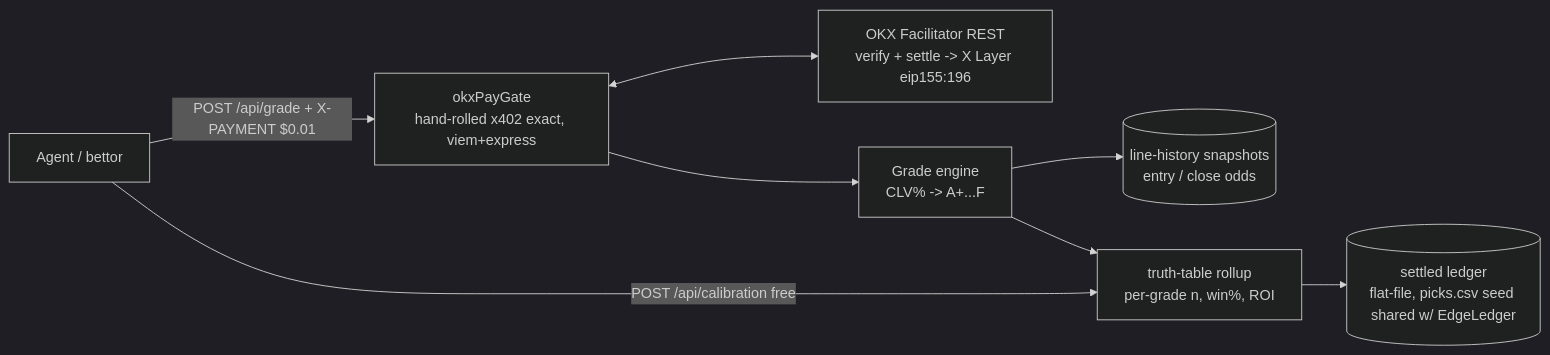
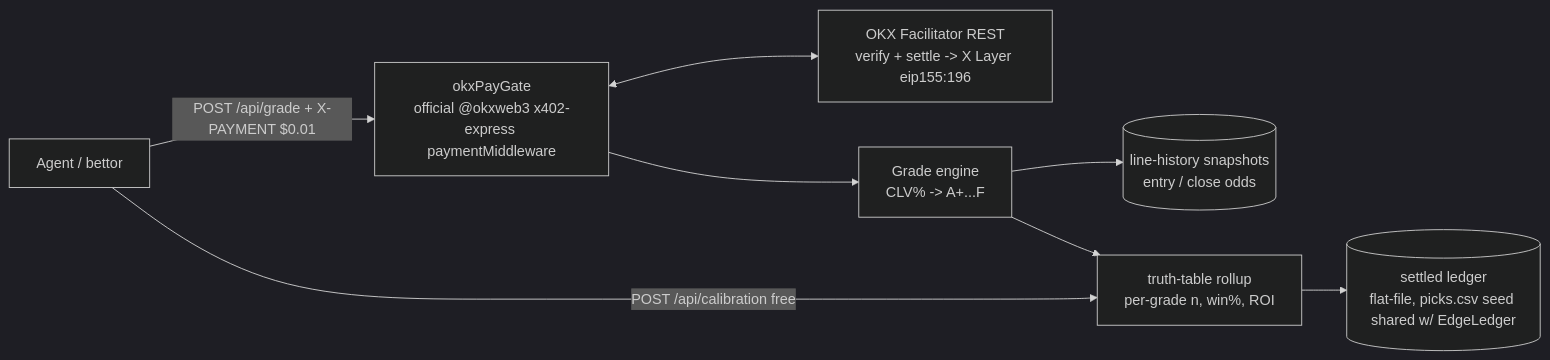
One commit to edycutjong/clvscout changed the first of 2 diagrams in ARCHITECTURE.md. Above: the diagram before and after it, drawn with Mermaid (dark theme). The commit also changed other lines of this file and 14 other files, not shown here.

````diff
--- a/ARCHITECTURE.md
+++ b/ARCHITECTURE.md
@@ -7,10 +7,10 @@
 ```mermaid
 flowchart LR
-  A[Agent / bettor] -->|POST /api/grade + X-PAYMENT $0.01| MW[okxPayGate<br/>hand-rolled x402 exact, viem+express]
+  A[Agent / bettor] -->|POST /api/grade + X-PAYMENT $0.01| MW[okxPayGate<br/>official @okxweb3 x402-express paymentMiddleware]
   MW <--> FAC[OKX Facilitator REST<br/>verify + settle -> X Layer eip155:196]
   MW --> G[Grade engine<br/>CLV% -> A+...F]
   G --> LH[(line-history snapshots<br/>entry / close odds)]
   G --> TT[truth-table rollup<br/>per-grade n, win%, ROI]
   TT --> L[(settled ledger<br/>flat-file, picks.csv seed shared w/ EdgeLedger)]
   A -->|POST /api/calibration free| TT
 ```
````
